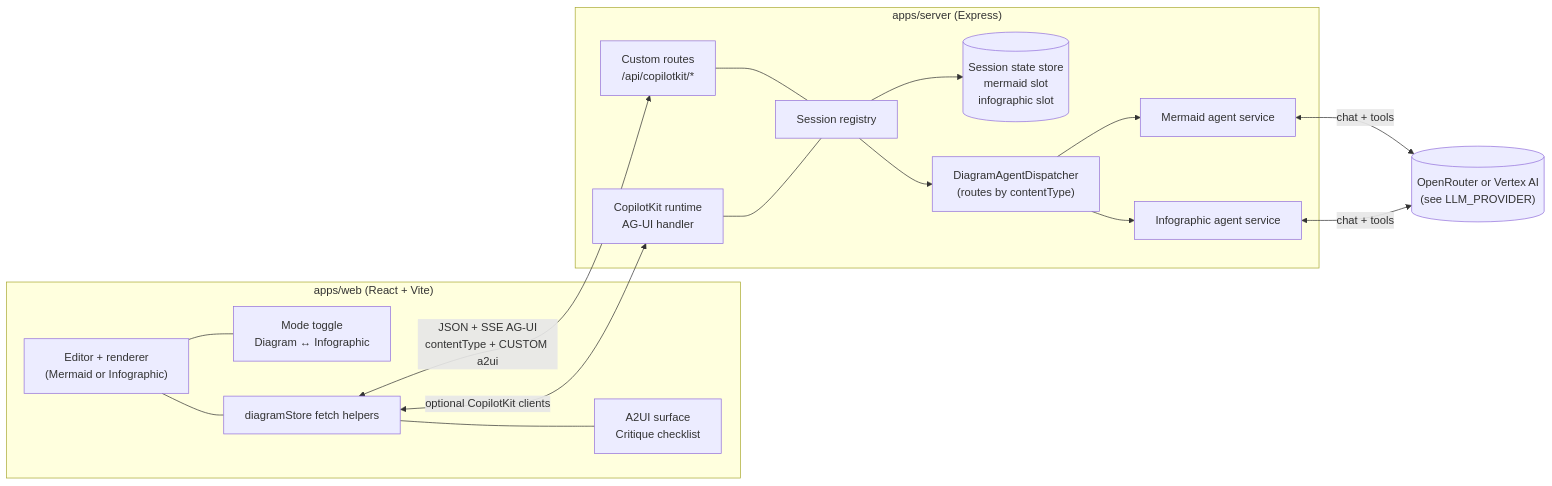
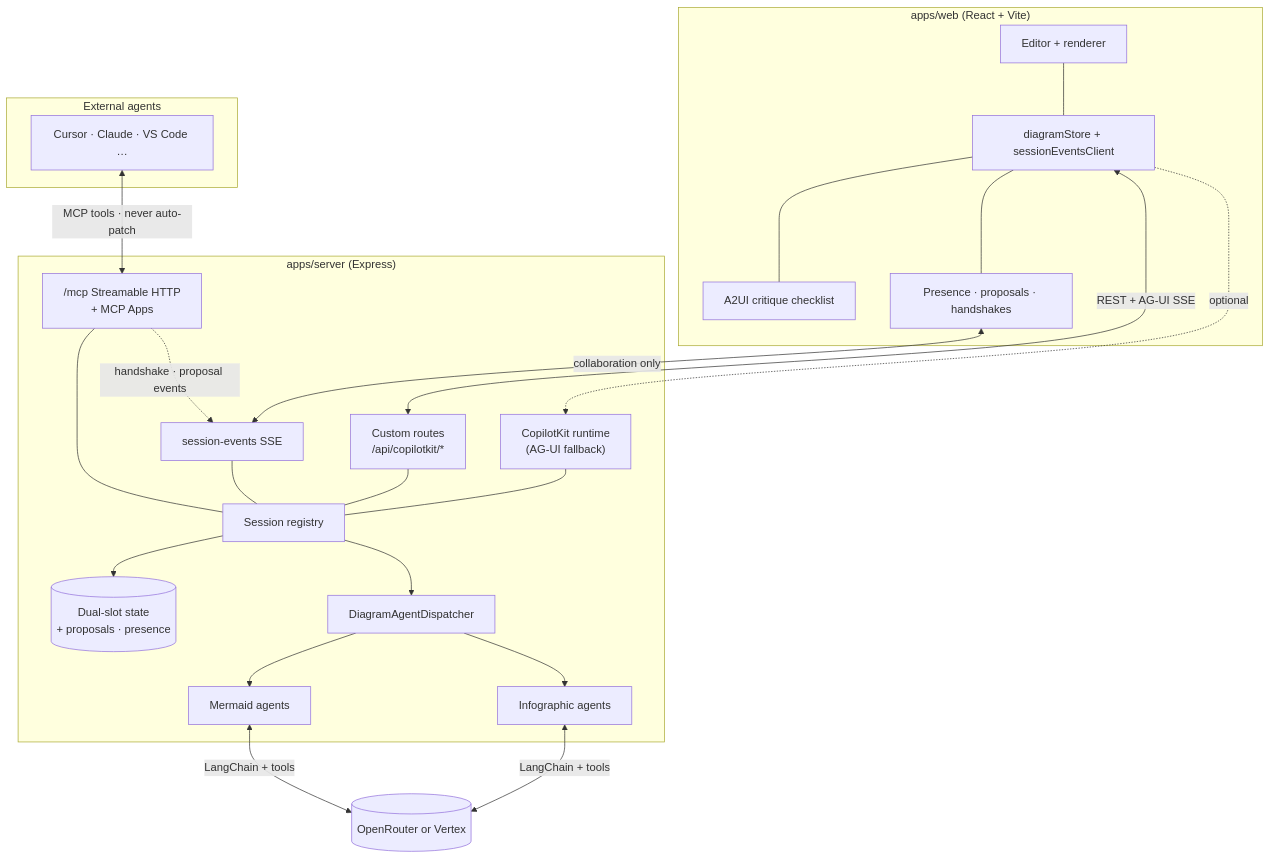
One commit to acuhlmann/mermaid-gen changed the first of 9 diagrams in README.md. Above: the diagram before and after it, drawn with Mermaid. The commit also changed other lines of this file and 169 other files, not shown here.

````diff
--- a/README.md
+++ b/README.md
@@ -17,35 +66,45 @@
 ```mermaid
-flowchart LR
+flowchart TB
   subgraph client ["apps/web (React + Vite)"]
-    UI["Editor + renderer\n(Mermaid or Infographic)"]
-    GenUI["A2UI surface\nCritique checklist"]
-    ModeToggle["Mode toggle\nDiagram ↔ Infographic"]
-    Store[diagramStore fetch helpers]
-    UI --- ModeToggle
+    UI["Editor + renderer"]
+    GenUI["A2UI critique checklist"]
+    Collab["Presence · proposals · handshakes"]
+    Store[diagramStore + sessionEventsClient]
     UI --- Store
     Store --- GenUI
+    Store --- Collab
   end
 
   subgraph server ["apps/server (Express)"]
     Router["Custom routes\n/api/copilotkit/*"]
-    CK["CopilotKit runtime\nAG-UI handler"]
+    SE["session-events SSE"]
+    MCP["/mcp Streamable HTTP\n+ MCP Apps"]
+    CK["CopilotKit runtime\n(AG-UI fallback)"]
     Reg["Session registry"]
-    SS[("Session state store\nmermaid slot\ninfographic slot")]
-    Dispatcher["DiagramAgentDispatcher\n(routes by contentType)"]
-    MA[Mermaid agent service]
-    IA[Infographic agent service]
+    SS[("Dual-slot state\n+ proposals · presence")]
+    Dispatcher["DiagramAgentDispatcher"]
+    MA[Mermaid agents]
+    IA[Infographic agents]
     Router --- Reg
+    SE --- Reg
+    MCP --- Reg
     CK --- Reg
     Reg --> SS
     Reg --> Dispatcher
     Dispatcher --> MA
     Dispatcher --> IA
   end
 
-  LLM[("OpenRouter or Vertex AI\n(see LLM_PROVIDER)")]
+  subgraph guests ["External agents"]
+    Cursor["Cursor · Claude · VS Code …"]
+  end
 
-  Store <-->|"JSON + SSE AG-UI\ncontentType + CUSTOM a2ui"| Router
-  Store <-->|"optional CopilotKit clients"| CK
-  MA <-->|"chat + tools"| LLM
-  IA <-->|"chat + tools"| LLM
+  LLM[("OpenRouter or Vertex")]
+
+  Store <-->|"REST + AG-UI SSE"| Router
+  Collab <-->|"collaboration only"| SE
+  Cursor <-->|"MCP tools · never auto-patch"| MCP
+  Store -.->|"optional"| CK
+  MA & IA <-->|"LangChain + tools"| LLM
+  MCP -.->|"handshake · proposal events"| SE
 ```
````
